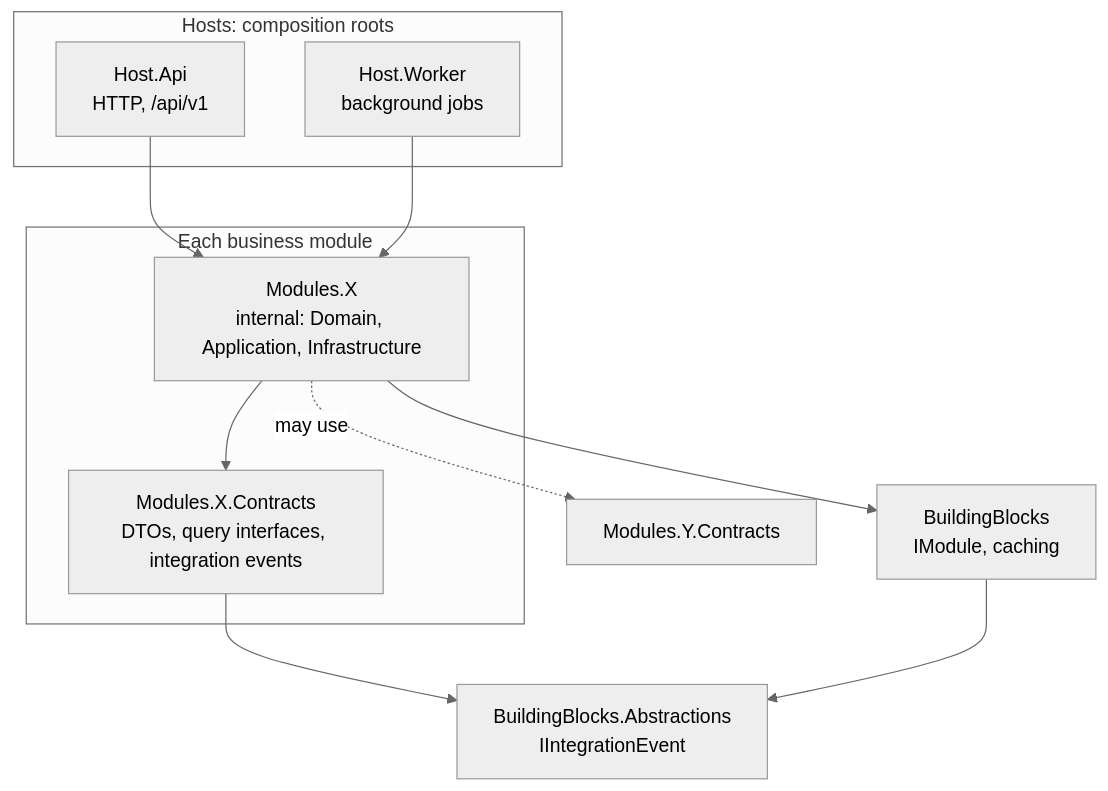
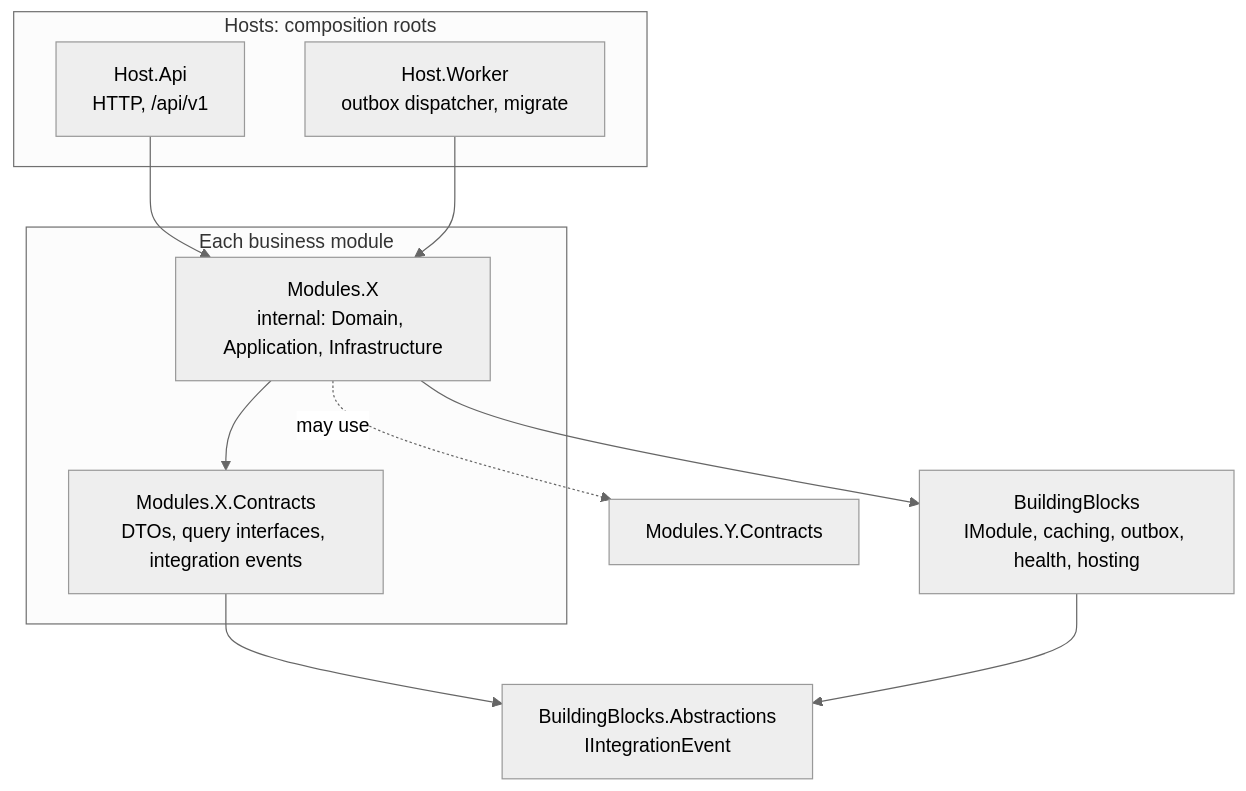
One commit to olimovswe/english-school changed the first of 3 diagrams in README.md. Above: the diagram before and after it, drawn with Mermaid (neutral theme). The commit also changed other lines of this file, not shown here.

````diff
--- a/README.md
+++ b/README.md
@@ -37,24 +41,24 @@
 ```mermaid
 flowchart TB
     subgraph hosts [Hosts: composition roots]
         API["Host.Api<br/>HTTP, /api/v1"]
-        WRK["Host.Worker<br/>background jobs"]
+        WRK["Host.Worker<br/>outbox dispatcher, migrate"]
     end
 
     subgraph module [Each business module]
         IMPL["Modules.X<br/>internal: Domain, Application, Infrastructure"]
         CON["Modules.X.Contracts<br/>DTOs, query interfaces, integration events"]
     end
 
     OTHER["Modules.Y.Contracts"]
-    BB["BuildingBlocks<br/>IModule, caching"]
+    BB["BuildingBlocks<br/>IModule, caching, outbox, health, hosting"]
     BBA["BuildingBlocks.Abstractions<br/>IIntegrationEvent"]
 
     API --> IMPL
     WRK --> IMPL
     IMPL --> CON
     IMPL -. "may use" .-> OTHER
     IMPL --> BB
     CON --> BBA
     BB --> BBA
 ```
````
